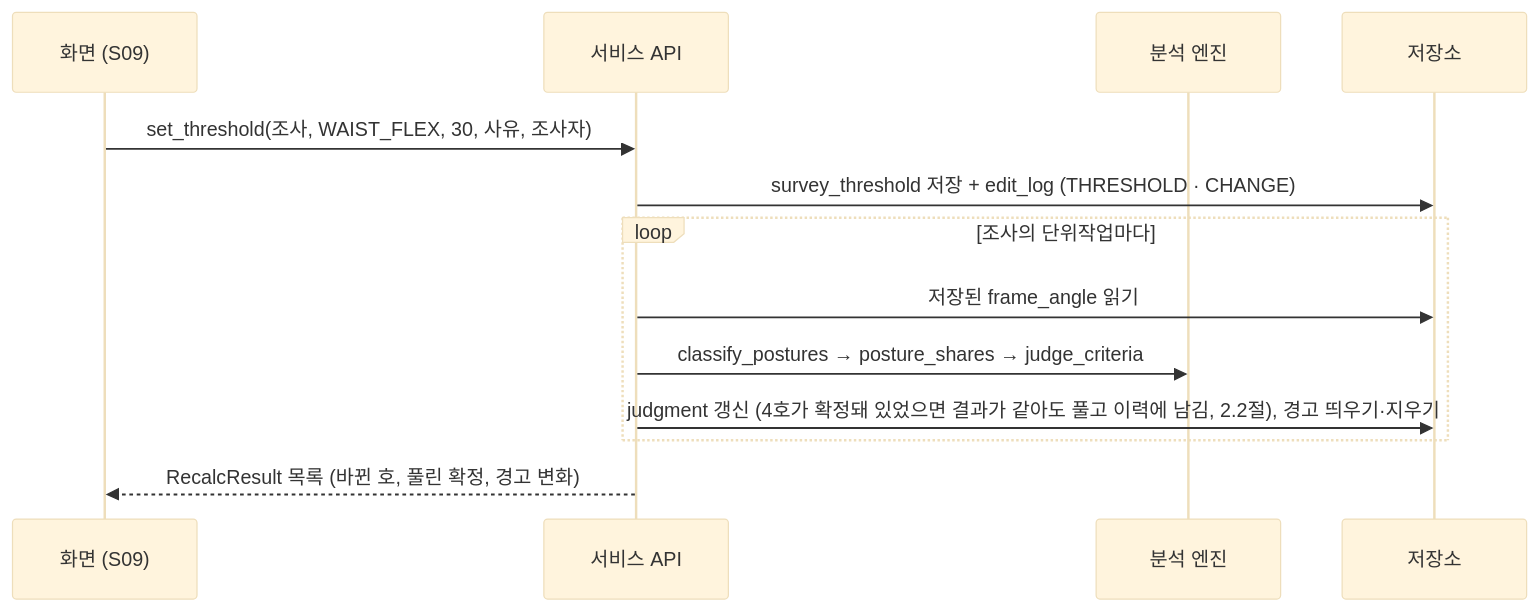
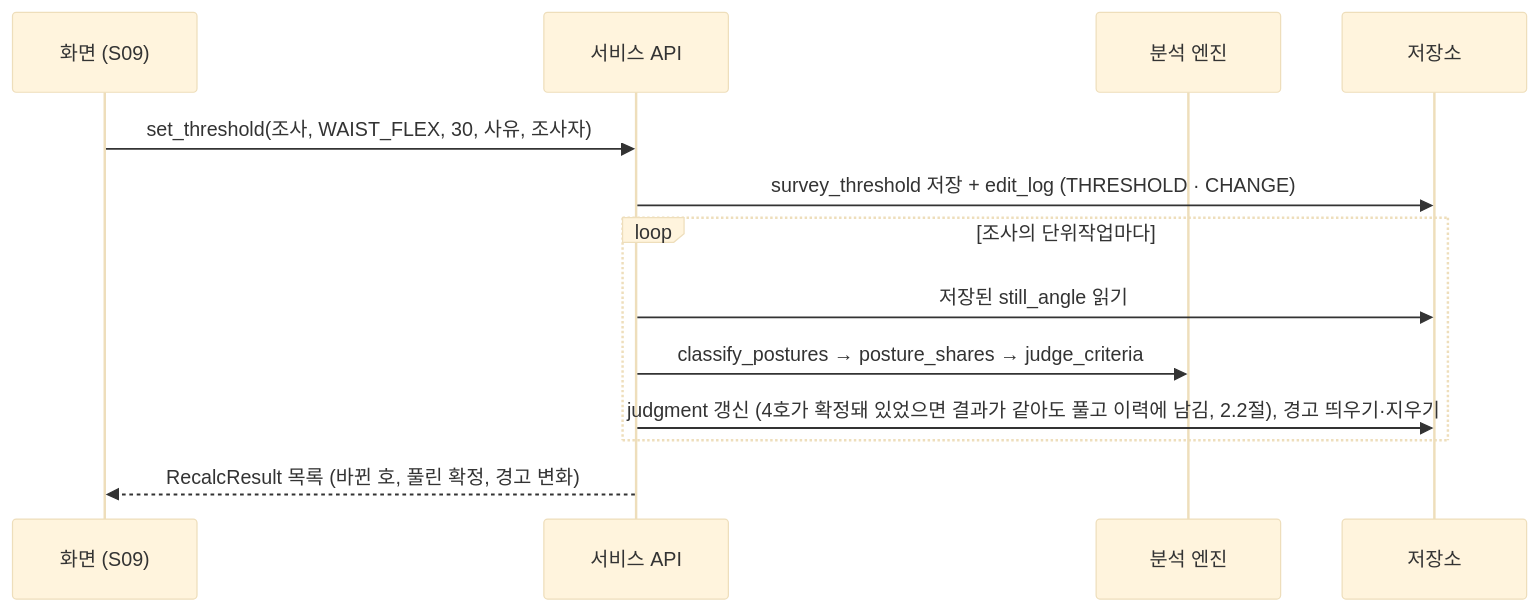
The fourth of 4 diagrams in docs_src/api/api_template.md (LOCO-KOREA/LOCO), drawn with Mermaid (base theme) before and after one commit. The commit also changed other lines of this file and 72 other files, not shown here.

````diff
--- a/docs_src/api/api_template.md
+++ b/docs_src/api/api_template.md
@@ -442,15 +448,15 @@
 ```mermaid
 sequenceDiagram
   participant UI as 화면 (S09)
   participant S as 서비스 API
   participant E as 분석 엔진
   participant DB as 저장소
   UI->>S: set_threshold(조사, WAIST_FLEX, 30, 사유, 조사자)
   S->>DB: survey_threshold 저장 + edit_log (THRESHOLD · CHANGE)
   loop 조사의 단위작업마다
-    S->>DB: 저장된 frame_angle 읽기
+    S->>DB: 저장된 still_angle 읽기
     S->>E: classify_postures → posture_shares → judge_criteria
     S->>DB: judgment 갱신 (4호가 확정돼 있었으면 결과가 같아도 풀고 이력에 남김, 2.2절), 경고 띄우기·지우기
   end
   S-->>UI: RecalcResult 목록 (바뀐 호, 풀린 확정, 경고 변화)
 ```
````
